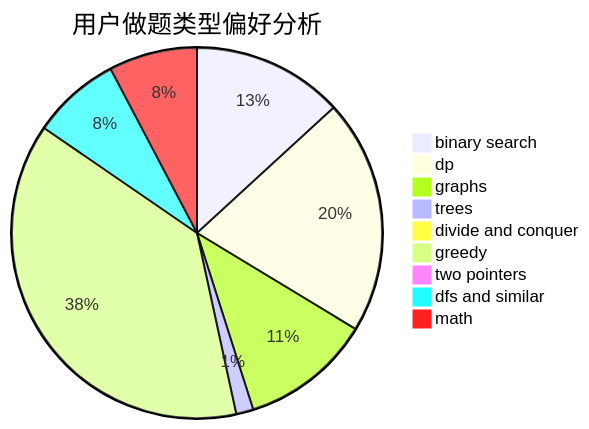
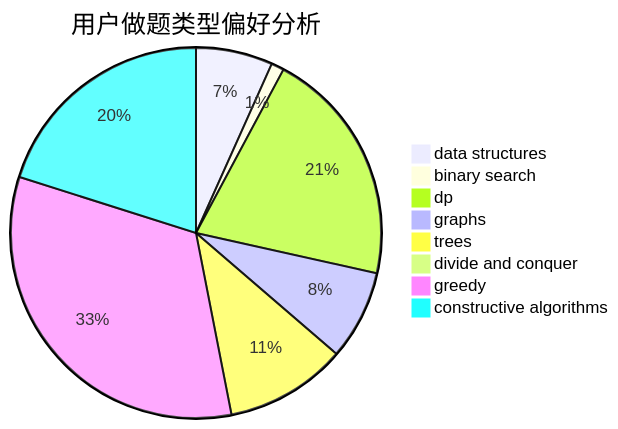
One commit to sherpahu/cfrs.github.io changed the second of 3 diagrams in docs/user/u102.md. Above: the diagram before and after it, drawn with Mermaid. The commit also changed other lines of this file and 2775 other files, not shown here.

````diff
--- a/docs/user/u102.md
+++ b/docs/user/u102.md
@@ -23,12 +23,11 @@
 ```mermaid
 pie title 用户做题类型偏好分析
-    "binary search" :  682
-    "dp" :  1060
-    "graphs" :  591
-    "trees" :  78
-    "divide and conquer" :  22
-    "greedy" :  1965
-    "two pointers" :  22
-    "dfs and similar" :  399
-    "math" :  399
+    "data structures" :  12
+    "binary search" :  2
+    "dp" :  37
+    "graphs" :  14
+    "trees" :  19
+    "divide and conquer" :  0
+    "greedy" :  59
+    "constructive algorithms" :  36
 ```
````
